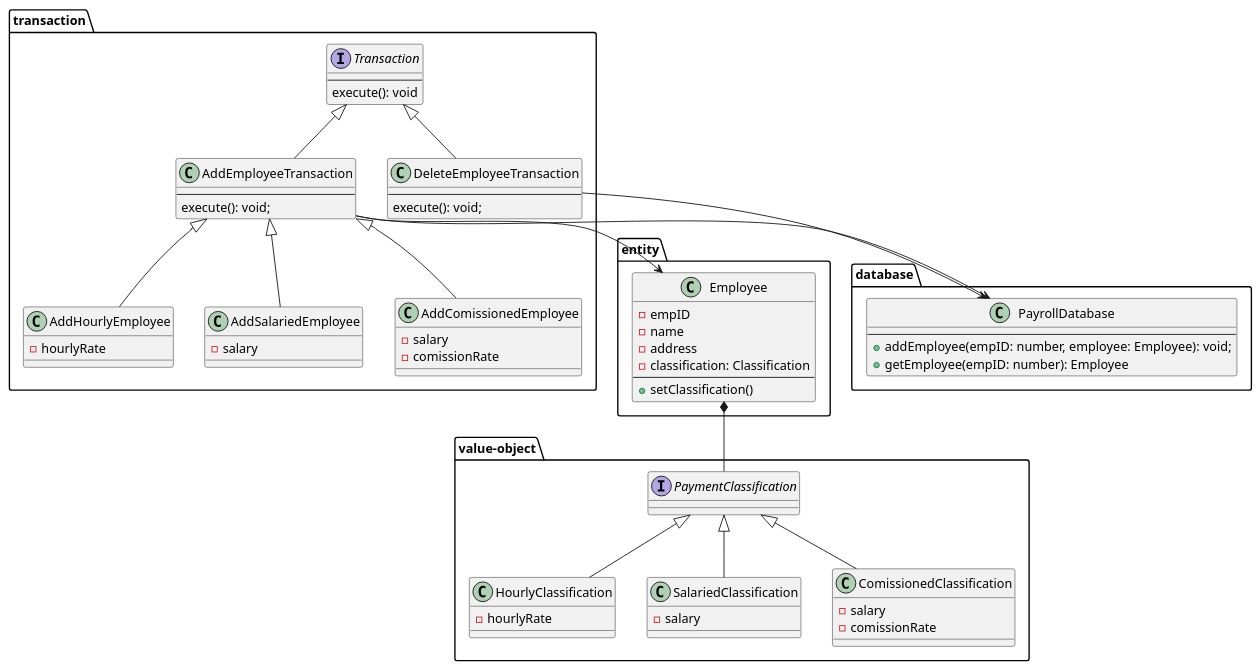
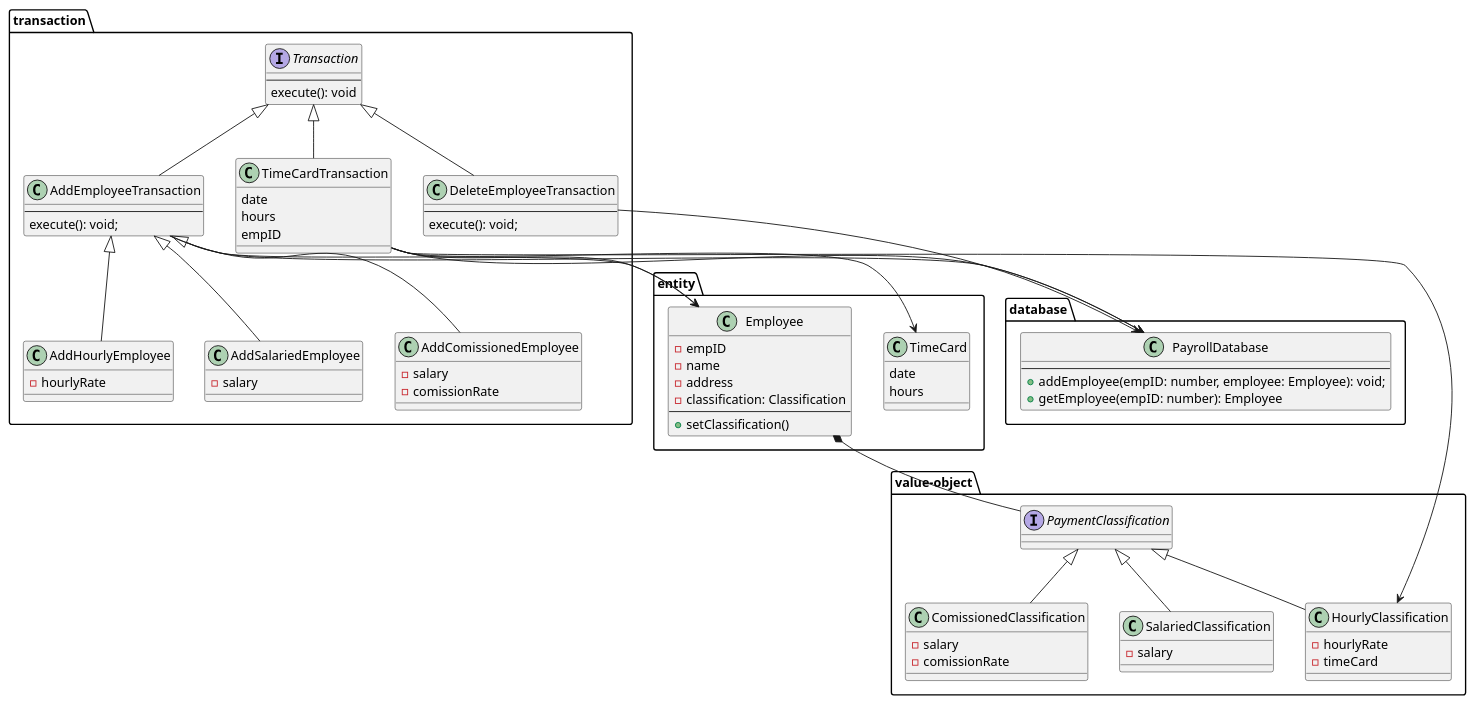
The diagram in salary-system/diagrams/class.puml (show-coco/architecture-practice), drawn with PlantUML before and after one commit. The commit also changed 4 other files, not shown here.

Commit message:
feat: Implement feature which add time card to employee

```diff
--- a/salary-system/diagrams/class.puml
+++ b/salary-system/diagrams/class.puml
@@ -1,86 +1,104 @@
 @startuml
 
 package transaction {
   interface Transaction {
     --
     execute(): void
   }
 
   class AddEmployeeTransaction {
     --
     execute(): void;
   }
 
   class AddHourlyEmployee {
     - hourlyRate 
   }
 
   class AddSalariedEmployee {
     - salary
   }
 
   class AddComissionedEmployee {
     - salary
     - comissionRate
   }
   
   class DeleteEmployeeTransaction {
     --
     execute(): void;
   }
+
+  class TimeCardTransaction {
+    date
+    hours
+    empID
+  }
 }
 
 
 package entity {
   class Employee {
     - empID
     - name
     - address
     - classification: Classification
     --
     + setClassification()
   }
+
+  class TimeCard {
+    date
+    hours
+  }
 }
 
 package value-object {
   interface PaymentClassification
 
   class HourlyClassification {
     - hourlyRate
+    - timeCard
   }
 
   class SalariedClassification {
     - salary
   }
 
   class ComissionedClassification {
     - salary
     - comissionRate
   }
 }
 
 package database {
   class PayrollDatabase {
     --
     + addEmployee(empID: number, employee: Employee): void;
     + getEmployee(empID: number): Employee
   }
 }
 
 Transaction <|-- AddEmployeeTransaction
 Transaction <|-- DeleteEmployeeTransaction
+Transaction <|-- TimeCardTransaction
+
 AddEmployeeTransaction <|-- AddHourlyEmployee
 AddEmployeeTransaction <|-- AddSalariedEmployee
 AddEmployeeTransaction <|-- AddComissionedEmployee
 
 PaymentClassification <|-- HourlyClassification
 PaymentClassification <|-- SalariedClassification
 PaymentClassification <|-- ComissionedClassification
 
 Employee *-- PaymentClassification
 
 AddEmployeeTransaction --> Employee
 AddEmployeeTransaction --> PayrollDatabase
 DeleteEmployeeTransaction --> PayrollDatabase
+TimeCardTransaction --> Employee
+TimeCardTransaction --> TimeCard
+TimeCardTransaction --> HourlyClassification
+TimeCardTransaction --> PayrollDatabase
 
 @enduml
```
